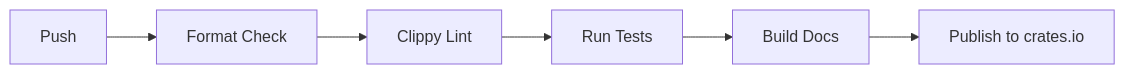
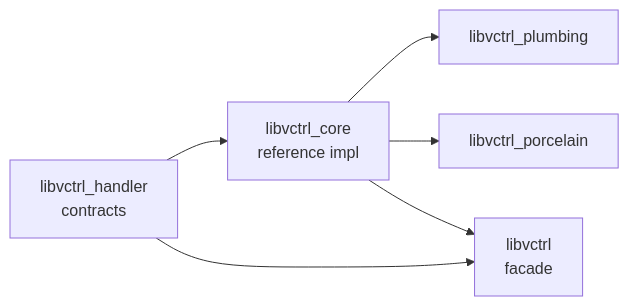
The fifth of 5 diagrams in libvctrl_core/README.md (mroczect/libvctrl), drawn with Mermaid before and after one commit. The commit also changed other lines of this file and 9 other files, not shown here.

````diff
--- a/libvctrl_core/README.md
+++ b/libvctrl_core/README.md
@@ -785,8 +605,8 @@
 ```mermaid
-graph LR
-    A[Push] --> B[Format Check]
-    B --> C[Clippy Lint]
-    C --> D[Run Tests]
-    D --> E[Build Docs]
-    E --> F[Publish to crates.io]
+flowchart LR
+    H[libvctrl_handler<br/>contracts] --> C[libvctrl_core<br/>reference impl]
+    C --> PL[libvctrl_plumbing]
+    C --> PO[libvctrl_porcelain]
+    H --> F[libvctrl<br/>facade]
+    C --> F
 ```
````
